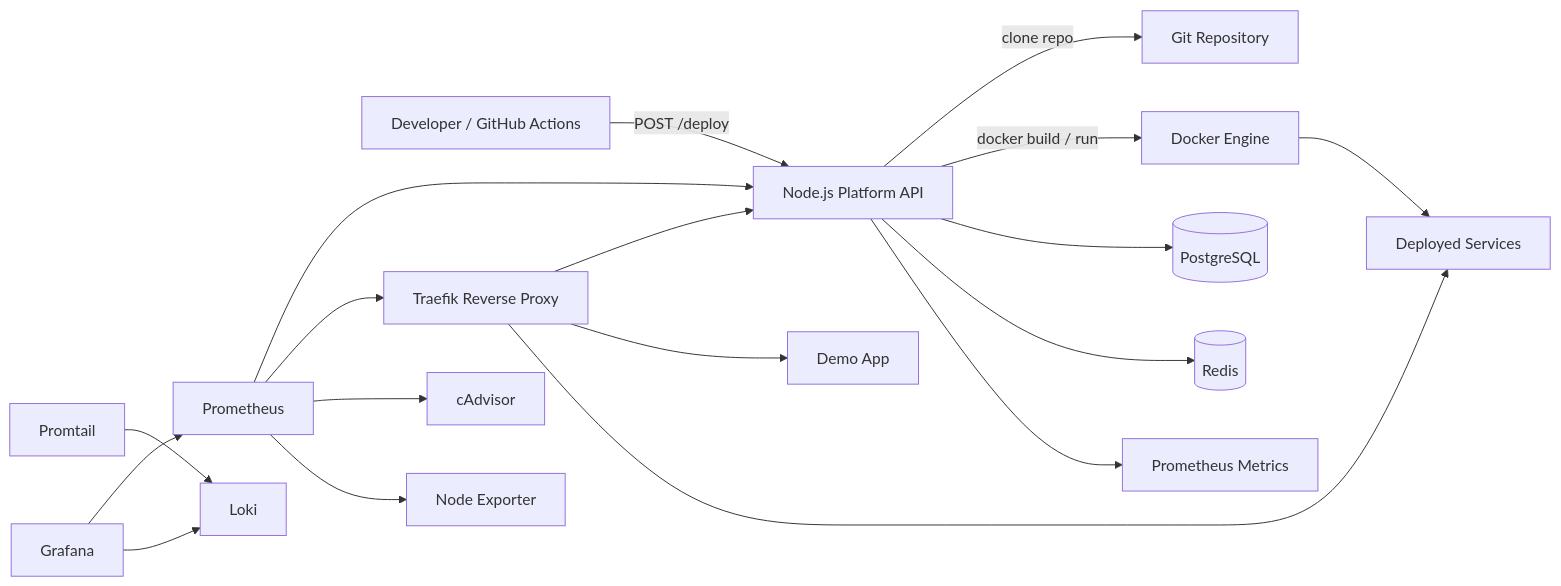
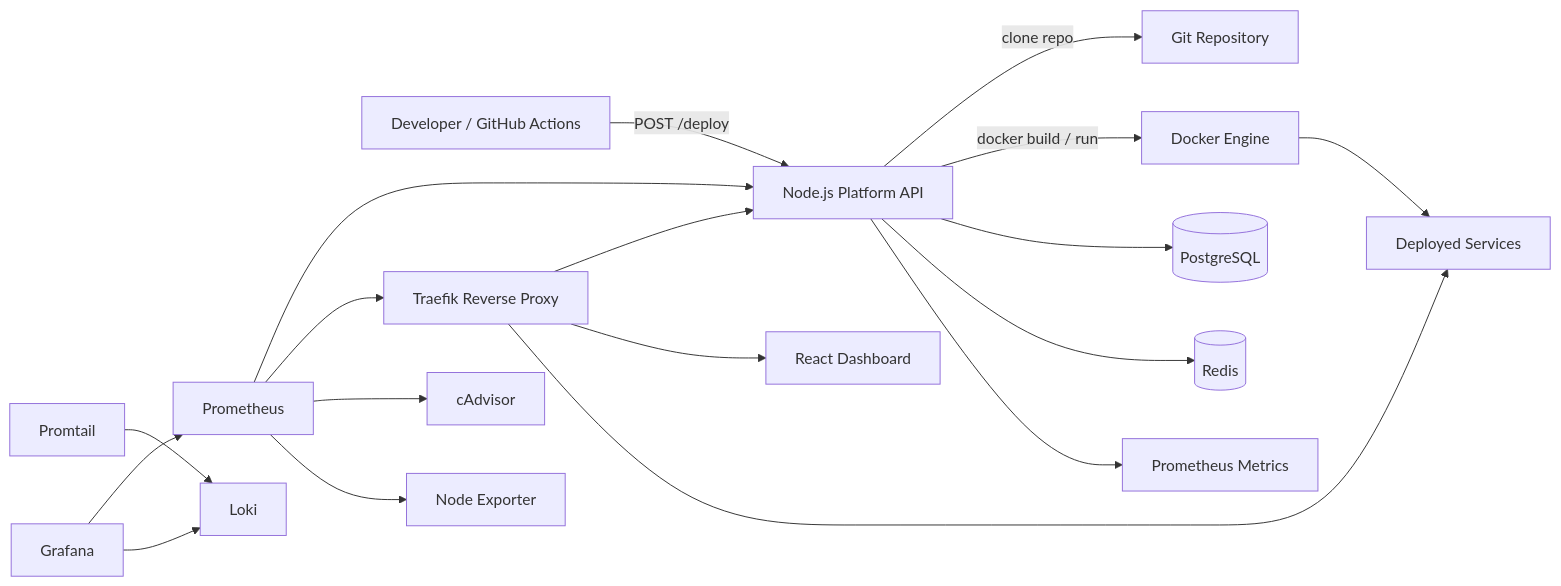
One commit to semihbugrasezer/self-hosted-devops changed the first of 2 diagrams in README.md. Above: the diagram before and after it, drawn with Mermaid. The commit also changed other lines of this file and 18 other files, not shown here.

Commit message:
Add React operations dashboard

````diff
--- a/README.md
+++ b/README.md
@@ -14,20 +14,20 @@
 ```mermaid
 flowchart LR
   Dev[Developer / GitHub Actions] -->|POST /deploy| API[Node.js Platform API]
   API -->|clone repo| Git[Git Repository]
   API -->|docker build / run| Docker[Docker Engine]
   API --> Postgres[(PostgreSQL)]
   API --> Redis[(Redis)]
   API --> Metrics[Prometheus Metrics]
   Traefik[Traefik Reverse Proxy] --> API
-  Traefik --> App[Demo App]
+  Traefik --> App[React Dashboard]
   Traefik --> Deployed[Deployed Services]
   Docker --> Deployed
   Prometheus[Prometheus] --> API
   Prometheus --> Traefik
   Prometheus --> CAdvisor[cAdvisor]
   Prometheus --> NodeExporter[Node Exporter]
   Promtail[Promtail] --> Loki[Loki]
   Grafana[Grafana] --> Prometheus
   Grafana --> Loki
 ```
````
